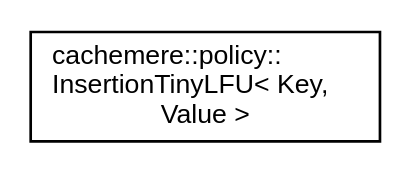
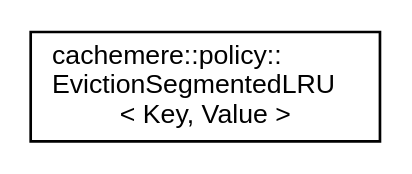
One commit to coveooss/cachemere changed the diagram in docs/inherit_graph_19.dot. Above: the diagram before and after it, drawn with Graphviz. The commit also changed 122 other files, not shown here.

```diff
--- a/docs/inherit_graph_19.dot
+++ b/docs/inherit_graph_19.dot
@@ -1,8 +1,8 @@
 digraph "Graphical Class Hierarchy"
 {
  // LATEX_PDF_SIZE
   edge [fontname="Helvetica",fontsize="10",labelfontname="Helvetica",labelfontsize="10"];
   node [fontname="Helvetica",fontsize="10",shape=record];
   rankdir="LR";
-  Node0 [label="cachemere::policy::\lInsertionTinyLFU\< Key,\l Value \>",height=0.2,width=0.4,color="black", fillcolor="white", style="filled",URL="$classcachemere_1_1policy_1_1InsertionTinyLFU.html",tooltip="Tiny Least Frequently Used (TinyLFU) insertion policy."];
+  Node0 [label="cachemere::policy::\lEvictionSegmentedLRU\l\< Key, Value \>",height=0.2,width=0.4,color="black", fillcolor="white", style="filled",URL="$classcachemere_1_1policy_1_1EvictionSegmentedLRU.html",tooltip="Segmented Least Recently Used (S-LRU) Eviction Policy."];
 }
```
